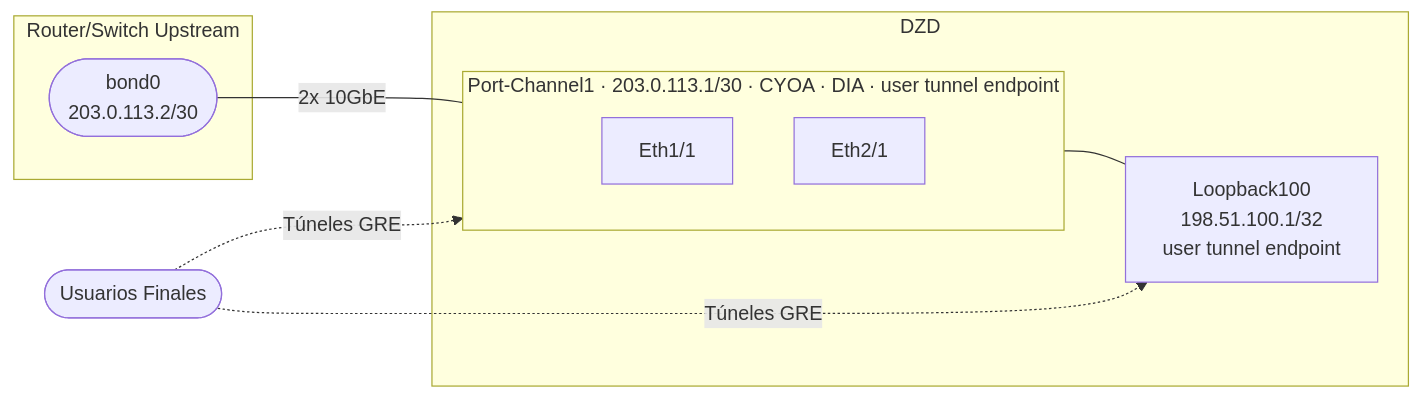
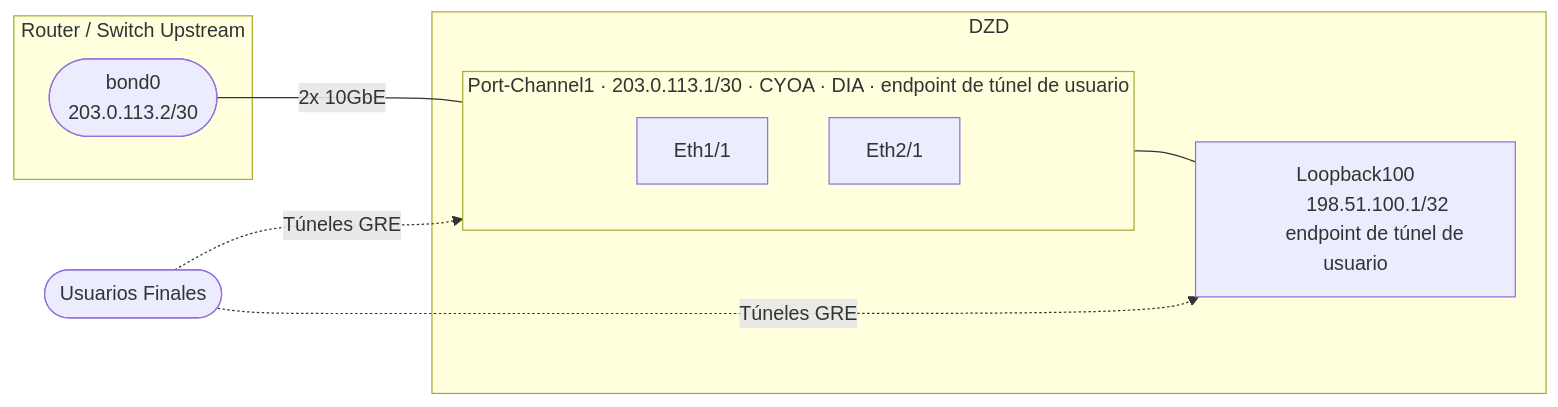
Before and after one commit to malbeclabs/docs: the ninth of 13 diagrams in docs/contribute-provisioning.es.md, drawn with Mermaid. The commit also changed other lines of this file and 160 other files, not shown here.

````diff
--- a/docs/contribute-provisioning.es.md
+++ b/docs/contribute-provisioning.es.md
@@ -439,23 +507,23 @@
 ```mermaid
 flowchart LR
     USERS(["Usuarios Finales"])
 
-    subgraph SW["Router/Switch Upstream"]
+    subgraph SW["Router / Switch Upstream"]
         SWPC(["bond0
         203.0.113.2/30"])
     end
 
     subgraph DZD["DZD"]
-        subgraph PC["Port-Channel1 · 203.0.113.1/30 · CYOA · DIA · user tunnel endpoint"]
+        subgraph PC["Port-Channel1 · 203.0.113.1/30 · CYOA · DIA · endpoint de túnel de usuario"]
             E1["Eth1/1"]
             E2["Eth2/1"]
         end
         LO["Loopback100
-        198.51.100.1/32\n        user tunnel endpoint"]
+        198.51.100.1/32\n        endpoint de túnel de usuario"]
         PC --- LO
     end
 
     SWPC -- "2x 10GbE" --- PC
     USERS -. "Túneles GRE" .-> PC
     USERS -. "Túneles GRE" .-> LO
 ```
````
